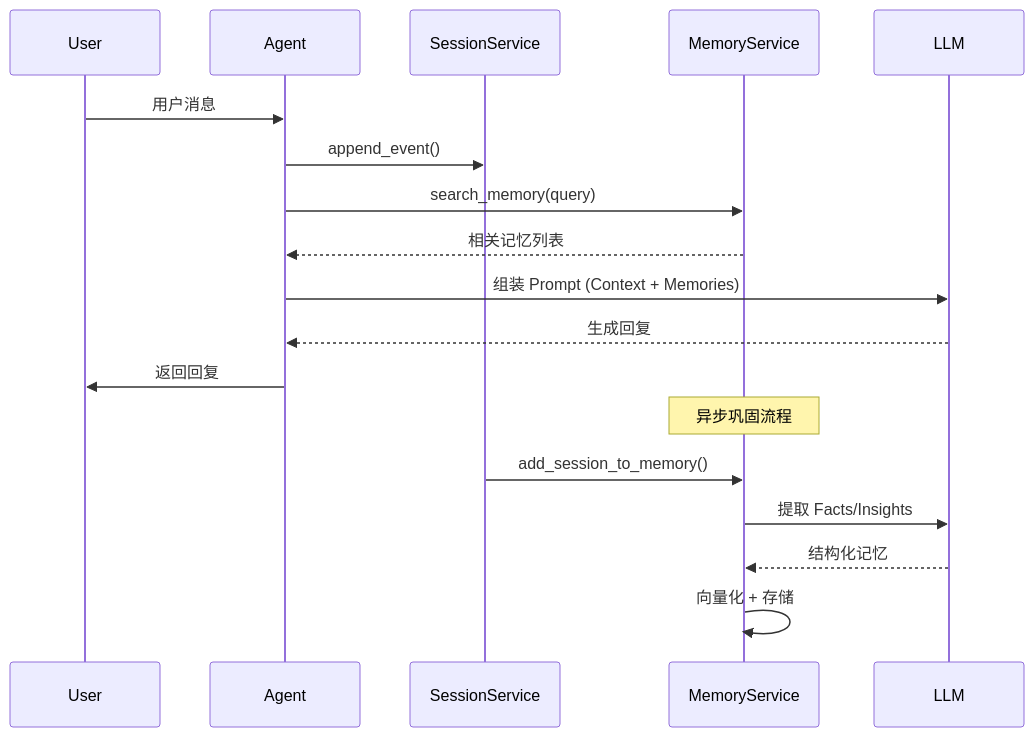
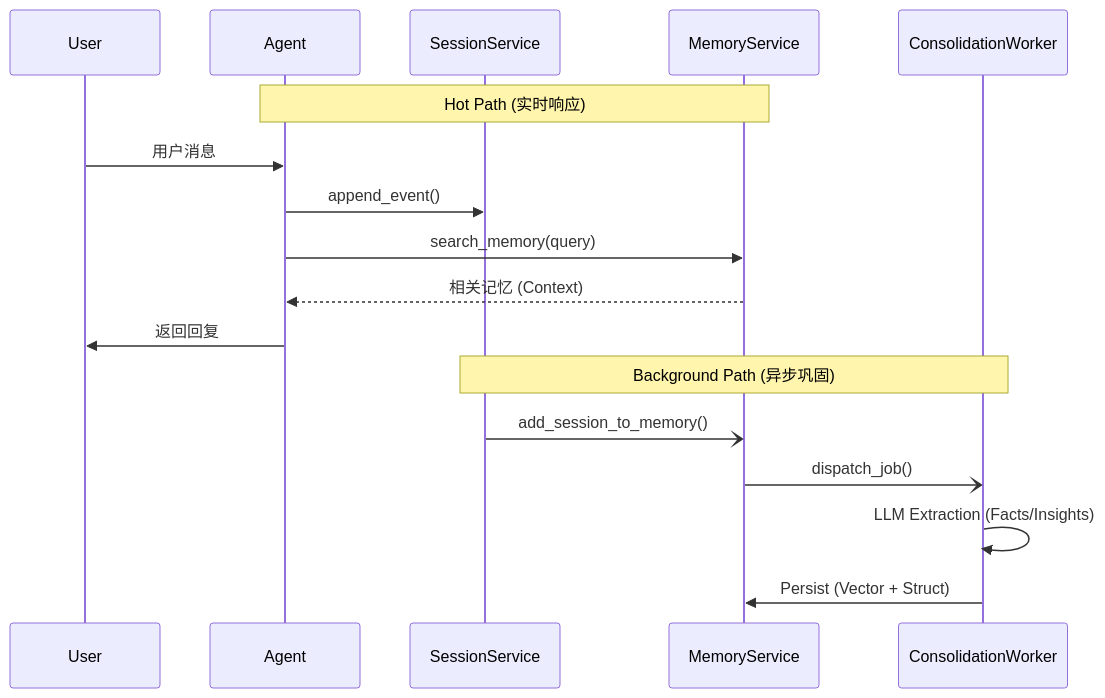
The third of 7 diagrams in docs/engine/020-the-hippocampus.md (ThreeFish-AI/agentic-ai-cognizes), drawn with Mermaid before and after one commit. The commit also changed other lines of this file, not shown here.

````diff
--- a/docs/engine/020-the-hippocampus.md
+++ b/docs/engine/020-the-hippocampus.md
@@ -210,23 +200,21 @@
 ```mermaid
 sequenceDiagram
     participant User
     participant Agent
     participant Session as SessionService
     participant Memory as MemoryService
-    participant LLM
+    participant Worker as ConsolidationWorker
 
+    Note over Agent, Memory: Hot Path (实时响应)
     User->>Agent: 用户消息
     Agent->>Session: append_event()
     Agent->>Memory: search_memory(query)
-    Memory-->>Agent: 相关记忆列表
-
-    Agent->>LLM: 组装 Prompt (Context + Memories)
-    LLM-->>Agent: 生成回复
+    Memory-->>Agent: 相关记忆 (Context)
     Agent->>User: 返回回复
 
-    Note over Memory: 异步巩固流程
-    Session->>Memory: add_session_to_memory()
-    Memory->>LLM: 提取 Facts/Insights
-    LLM-->>Memory: 结构化记忆
-    Memory->>Memory: 向量化 + 存储
+    Note over Session, Worker: Background Path (异步巩固)
+    Session-)Memory: add_session_to_memory()
+    Memory-)Worker: dispatch_job()
+    Worker->>Worker: LLM Extraction (Facts/Insights)
+    Worker->>Memory: Persist (Vector + Struct)
 ```
````
